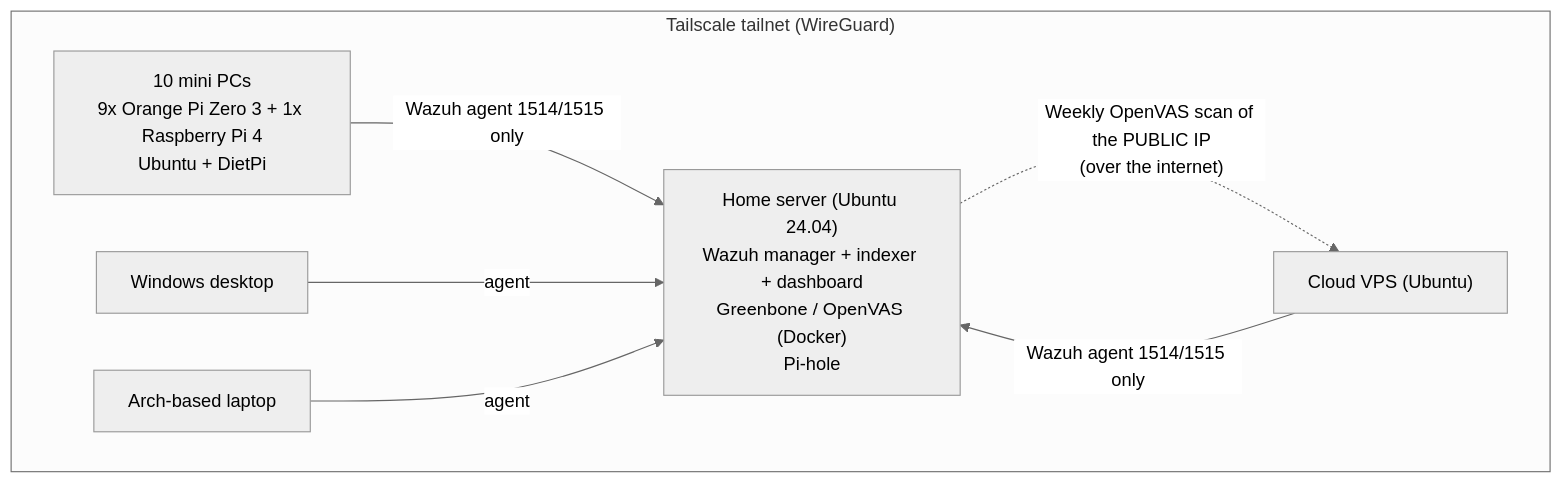
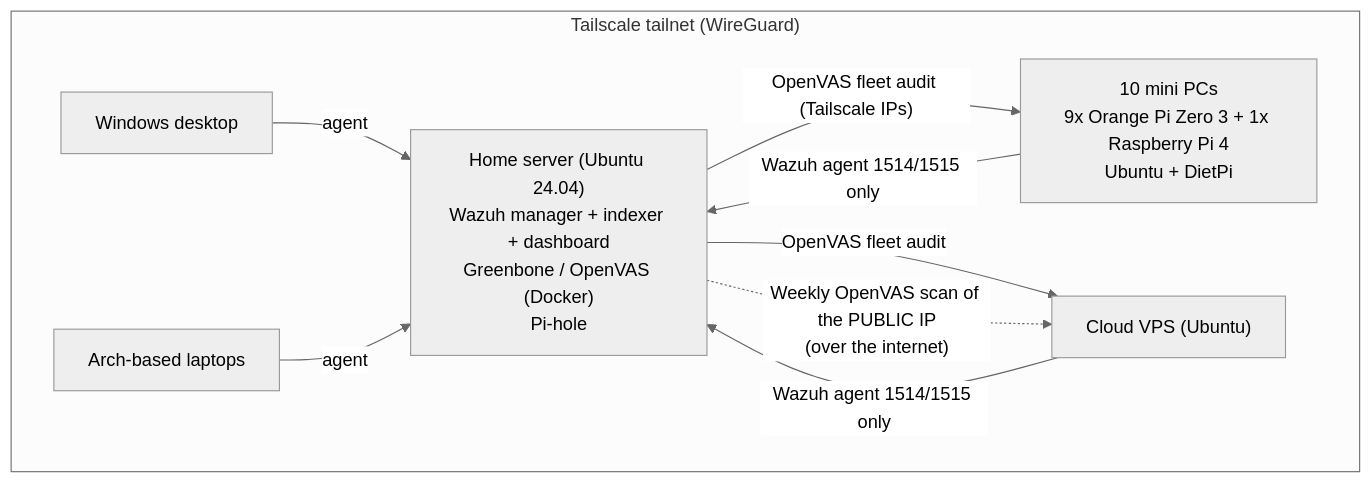
One commit to Yel1oww/homelab-soc changed the diagram in README.md. Above: the diagram before and after it, drawn with Mermaid (neutral theme).

Commit message:
Fix typos and improve clarity in README.md

````diff
--- a/README.md
+++ b/README.md
@@ -14,16 +14,18 @@
 ```mermaid
 flowchart LR
     subgraph Tailnet["Tailscale tailnet (WireGuard)"]
         direction LR
         X["Home server (Ubuntu 24.04)<br/>Wazuh manager + indexer + dashboard<br/>Greenbone / OpenVAS (Docker)<br/>Pi-hole"]
         M["10 mini PCs<br/>9x Orange Pi Zero 3 + 1x Raspberry Pi 4<br/>Ubuntu + DietPi"]
         V["Cloud VPS (Ubuntu)"]
         W["Windows desktop"]
-        L["Arch-based laptop"]
+        L["Arch-based laptops"]
     end
     M -- "Wazuh agent 1514/1515 only" --> X
     V -- "Wazuh agent 1514/1515 only" --> X
     W -- agent --> X
     L -- agent --> X
+    X -- "OpenVAS fleet audit (Tailscale IPs)" --> M
+    X -- "OpenVAS fleet audit" --> V
     X -. "Weekly OpenVAS scan of the PUBLIC IP<br/>(over the internet)" .-> V
 ```
````
